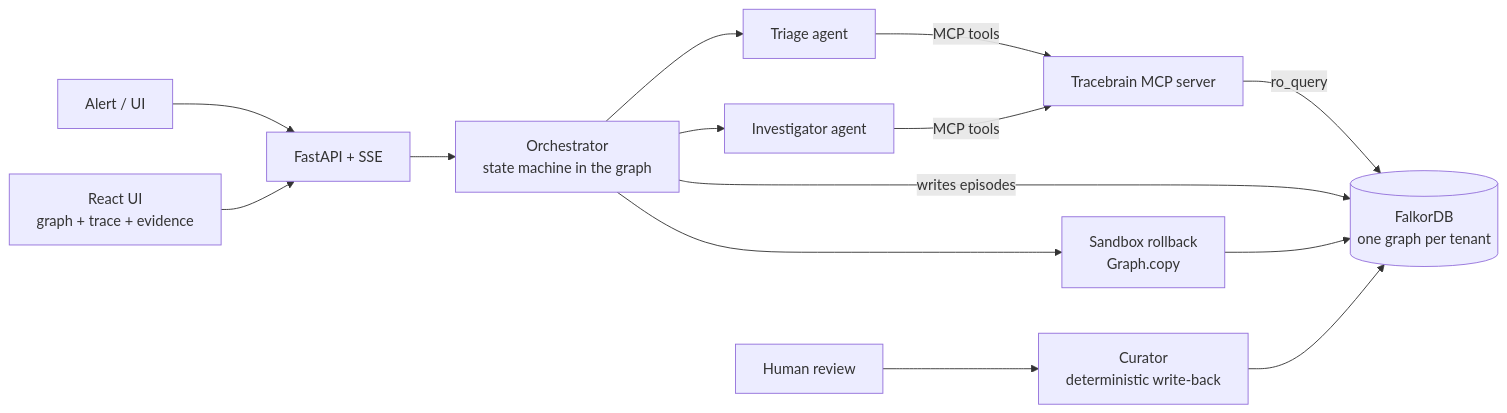
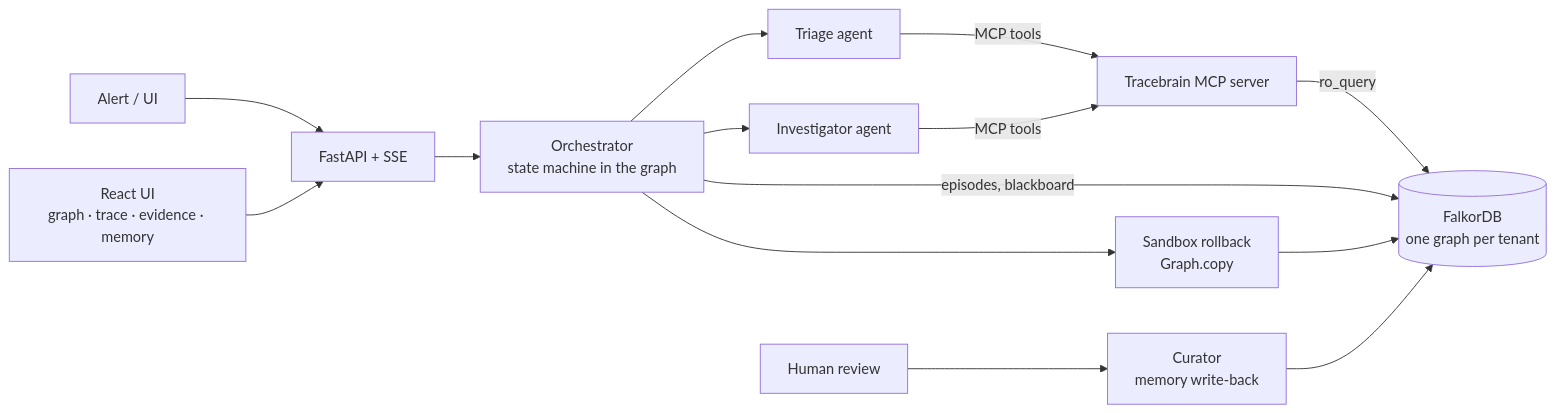
One commit to abhishekkamble12/Tracebrain changed the first of 2 diagrams in README.md. Above: the diagram before and after it, drawn with Mermaid. The commit also changed other lines of this file and 3 other files, not shown here.

First line of the commit message:
README for judges: what it does, what to look at, why the graph matters, track mapping, screenshots

````diff
--- a/README.md
+++ b/README.md
@@ -51,16 +158,16 @@
 ```mermaid
 flowchart LR
   A[Alert / UI] --> API[FastAPI + SSE]
   API --> O[Orchestrator<br/>state machine in the graph]
   O --> T[Triage agent]
   O --> I[Investigator agent]
   O --> V[Sandbox rollback<br/>Graph.copy]
-  R[Human review] --> C[Curator<br/>deterministic write-back]
+  R[Human review] --> C[Curator<br/>memory write-back]
   T -- MCP tools --> M[Tracebrain MCP server]
   I -- MCP tools --> M
   M -- ro_query --> F[(FalkorDB<br/>one graph per tenant)]
-  O -- writes episodes --> F
+  O -- episodes, blackboard --> F
   V --> F
   C --> F
-  UI[React UI<br/>graph + trace + evidence] --> API
+  UI[React UI<br/>graph · trace · evidence · memory] --> API
 ```
````
